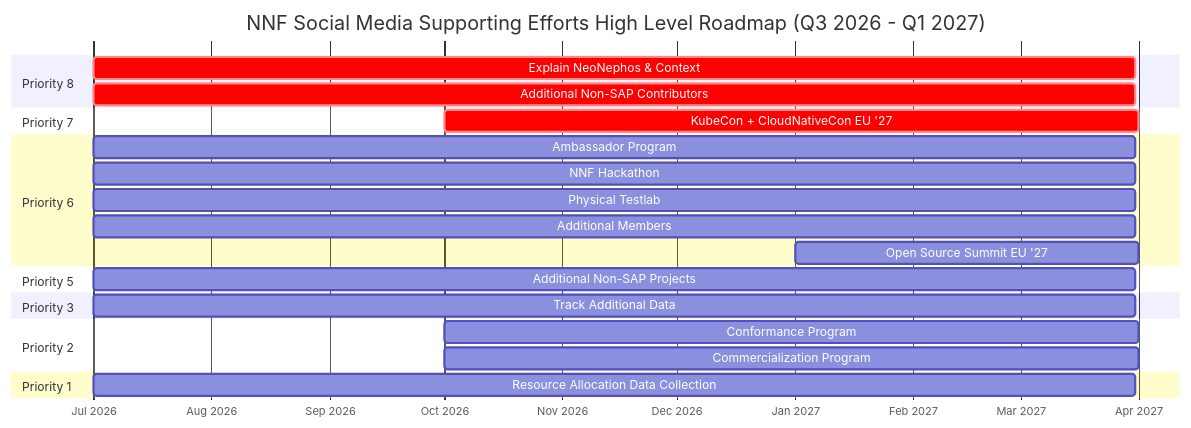
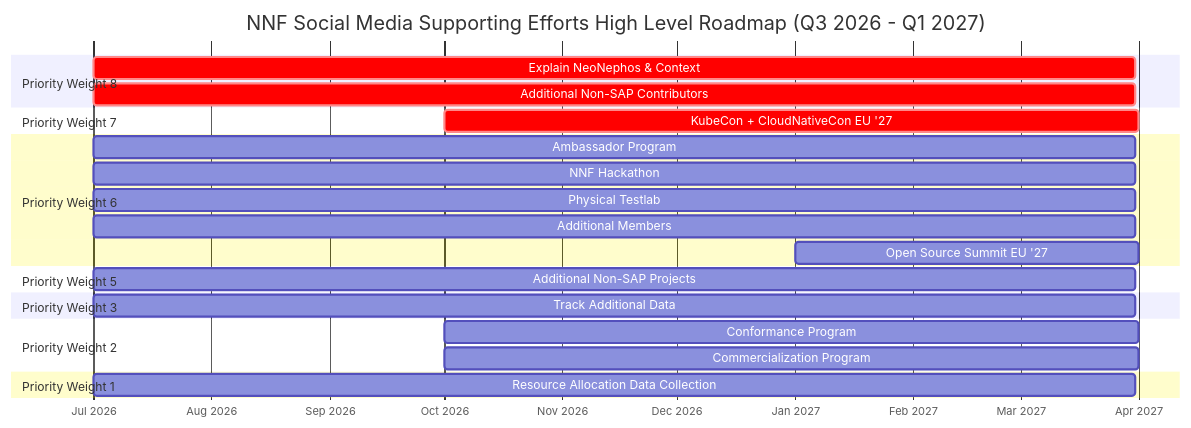
Before and after one commit to neonephos/outreach: the first of 2 diagrams in documents/outreach_committee_playbook/social_media/strategy_documents/social_media_strategy_q3_2026_q1_2027.md, drawn with Mermaid.

````diff
--- a/documents/outreach_committee_playbook/social_media/strategy_documents/social_media_strategy_q3_2026_q1_2027.md
+++ b/documents/outreach_committee_playbook/social_media/strategy_documents/social_media_strategy_q3_2026_q1_2027.md
@@ -60,33 +60,33 @@
 ```mermaid
 gantt
     title NNF Social Media Supporting Efforts High Level Roadmap (Q3 2026 - Q1 2027)
     dateFormat YYYY-MM-DD
     axisFormat %b %Y
 
-    section Priority 8
+    section Priority Weight 8
     Explain NeoNephos & Context :crit, 2026-07-01, 273d
     Additional Non-SAP Contributors :crit, 2026-07-01, 273d
 
-    section Priority 7
+    section Priority Weight 7
     KubeCon + CloudNativeCon EU '27 :crit, 2026-10-01, 182d
 
-    section Priority 6
+    section Priority Weight 6
     Ambassador Program :2026-07-01, 273d
     NNF Hackathon :2026-07-01, 273d
     Physical Testlab :2026-07-01, 273d
     Additional Members :2026-07-01, 273d
     Open Source Summit EU '27 :2027-01-01, 90d
 
-    section Priority 5
+    section Priority Weight 5
     Additional Non-SAP Projects :2026-07-01, 273d
 
-    section Priority 3
+    section Priority Weight 3
     Track Additional Data :2026-07-01, 273d
 
-    section Priority 2
+    section Priority Weight 2
     Conformance Program :2026-10-01, 182d
     Commercialization Program :2026-10-01, 182d
 
-    section Priority 1
+    section Priority Weight 1
     Resource Allocation Data Collection :2026-07-01, 273d
 ```
````
